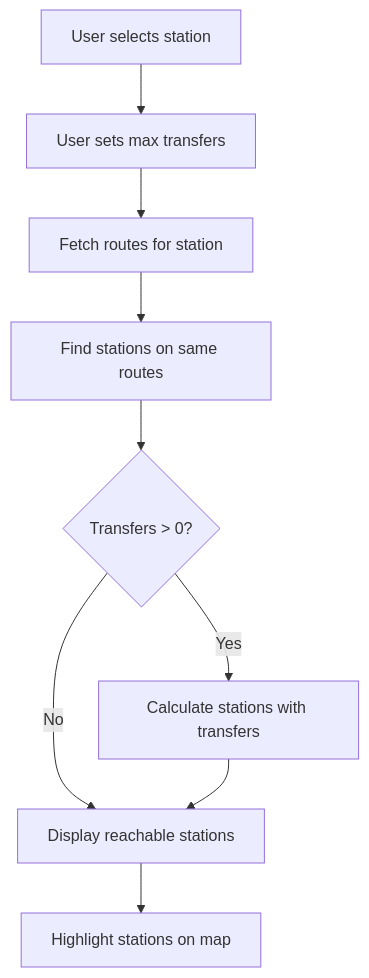
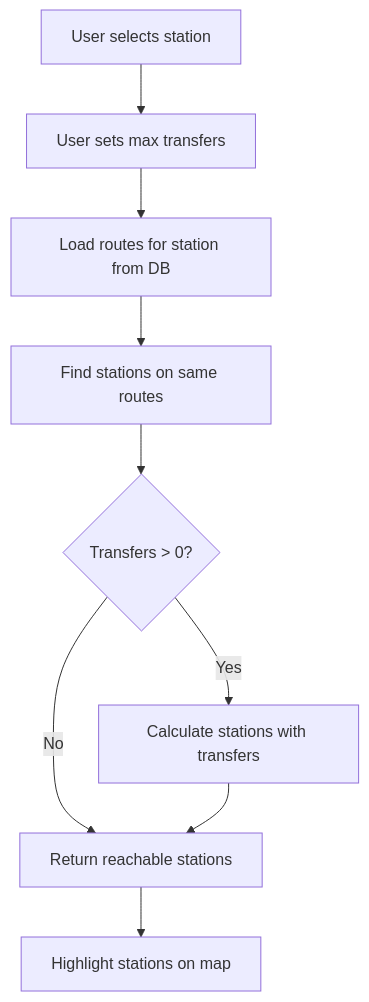
One commit to stone-w4tch3r/where2 changed the fourth of 5 diagrams in prompts/arch.md. Above: the diagram before and after it, drawn with Mermaid. The commit also changed other lines of this file and 12 other files, not shown here.

````diff
--- a/prompts/arch.md
+++ b/prompts/arch.md
@@ -217,13 +155,13 @@
 ```mermaid
 flowchart TD
     Start[User selects station] --> SelectTransfers[User sets max transfers]
-    SelectTransfers --> FetchRoutes[Fetch routes for station]
-    FetchRoutes --> DirectStations[Find stations on same routes]
+    SelectTransfers --> LoadRoutes[Load routes for station from DB]
+    LoadRoutes --> DirectStations[Find stations on same routes]
     DirectStations --> HasTransfers{Transfers > 0?}
-    
+
     HasTransfers -- Yes --> CalculateTransfers[Calculate stations with transfers]
-    HasTransfers -- No --> DisplayResults[Display reachable stations]
-    
-    CalculateTransfers --> DisplayResults
-    DisplayResults --> Highlight[Highlight stations on map]
+    HasTransfers -- No --> ReturnResults[Return reachable stations]
+
+    CalculateTransfers --> ReturnResults
+    ReturnResults --> Highlight[Highlight stations on map]
 ```
````
